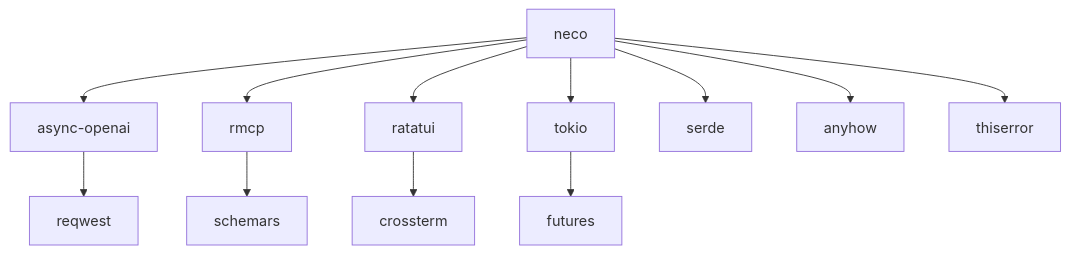
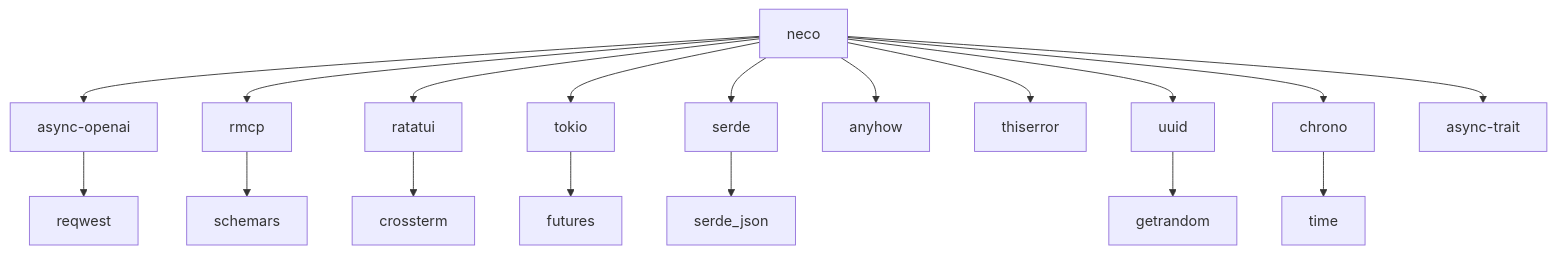
Diagram 23 of 23 in progress/TECH.md (MiyakoMeow/neco), drawn with Mermaid before and after one commit. The commit also changed other lines of this file and 10 other files, not shown here.

````diff
--- a/progress/TECH.md
+++ b/progress/TECH.md
@@ -3641,15 +2839,21 @@
 ```mermaid
 graph TD
     A[neco] --> B[async-openai]
     A --> C[rmcp]
     A --> D[ratatui]
     A --> E[tokio]
     A --> F[serde]
     A --> G[anyhow]
     A --> H[thiserror]
+    A --> M[uuid]
+    A --> P[chrono]
+    A --> Q[async-trait]
 
     B --> I[reqwest]
     C --> J[schemars]
     D --> K[crossterm]
     E --> L[futures]
+    F --> N[serde_json]
+    M --> O[getrandom]
+    P --> R[time]
 ```
````
